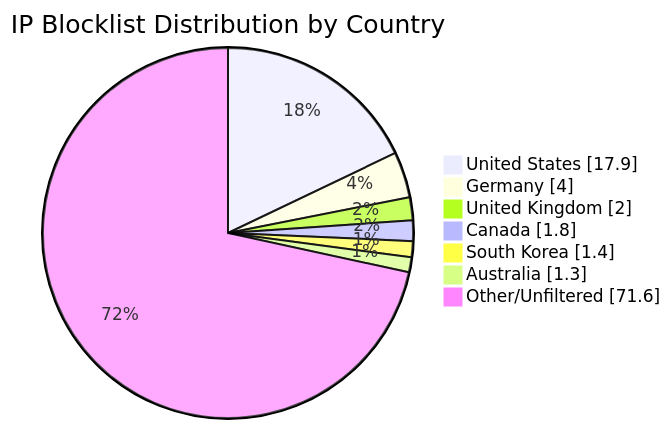
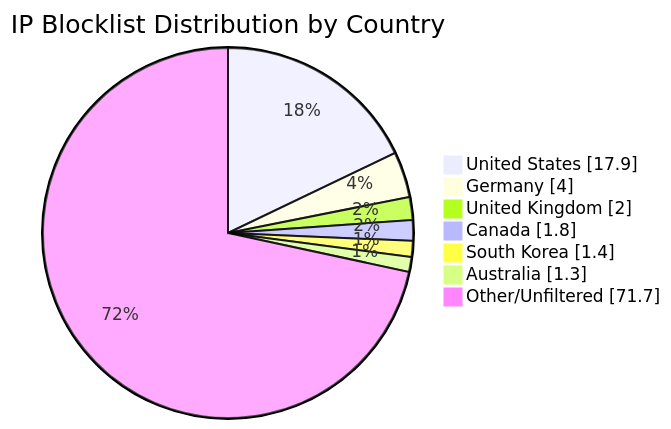
Before and after one commit to MarcusHoltz/ipblocklist-geofiltered-aggregator: the diagram in README.md, drawn with Mermaid. The commit also changed other lines of this file and 9 other files, not shown here.

````diff
--- a/README.md
+++ b/README.md
@@ -34,10 +34,10 @@
 ```mermaid
 pie showData title IP Blocklist Distribution by Country
 "United States" : 17.9
 "Germany" : 4.0
 "United Kingdom" : 2.0
 "Canada" : 1.8
 "South Korea" : 1.4
 "Australia" : 1.3
-"Other/Unfiltered" : 71.6
+"Other/Unfiltered" : 71.7
 ```
````
